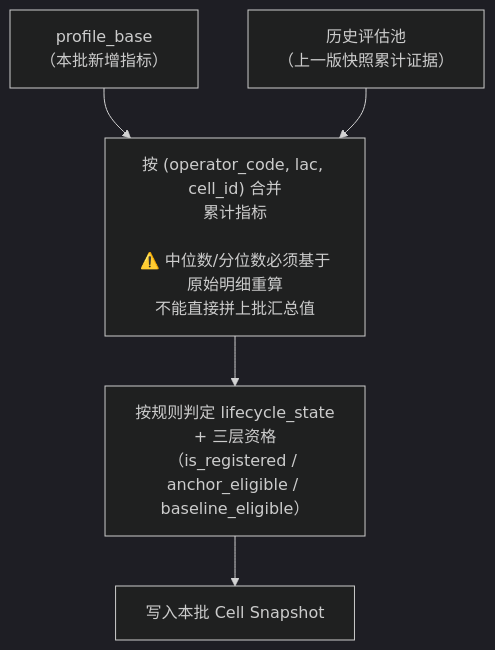
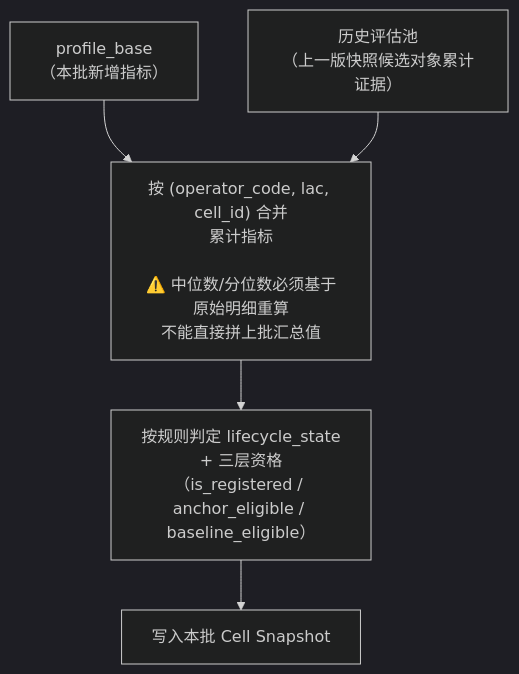
The fourth of 9 diagrams in rebuild5/docs/human_guide/03_Step3_流式质量评估.md (laoyang75/OptiNet), drawn with Mermaid (dark theme) before and after one commit. The commit also changed other lines of this file and 169 other files, not shown here.

````diff
--- a/rebuild5/docs/human_guide/03_Step3_流式质量评估.md
+++ b/rebuild5/docs/human_guide/03_Step3_流式质量评估.md
@@ -65,15 +96,15 @@
 ```mermaid
 flowchart TD
     PB["profile_base\n（本批新增指标）"]
-    HIST["历史评估池\n（上一版快照累计证据）"]
+    HIST["历史评估池\n（上一版快照候选对象累计证据）"]
 
     MERGE["按 (operator_code, lac, cell_id) 合并\n累计指标\n\n⚠️ 中位数/分位数必须基于原始明细重算\n不能直接拼上批汇总值"]
 
     JUDGE["按规则判定 lifecycle_state\n+ 三层资格（is_registered / anchor_eligible / baseline_eligible）"]
 
     SNAPSHOT["写入本批 Cell Snapshot"]
 
     PB --> MERGE
     HIST --> MERGE
     MERGE --> JUDGE --> SNAPSHOT
 ```
````
